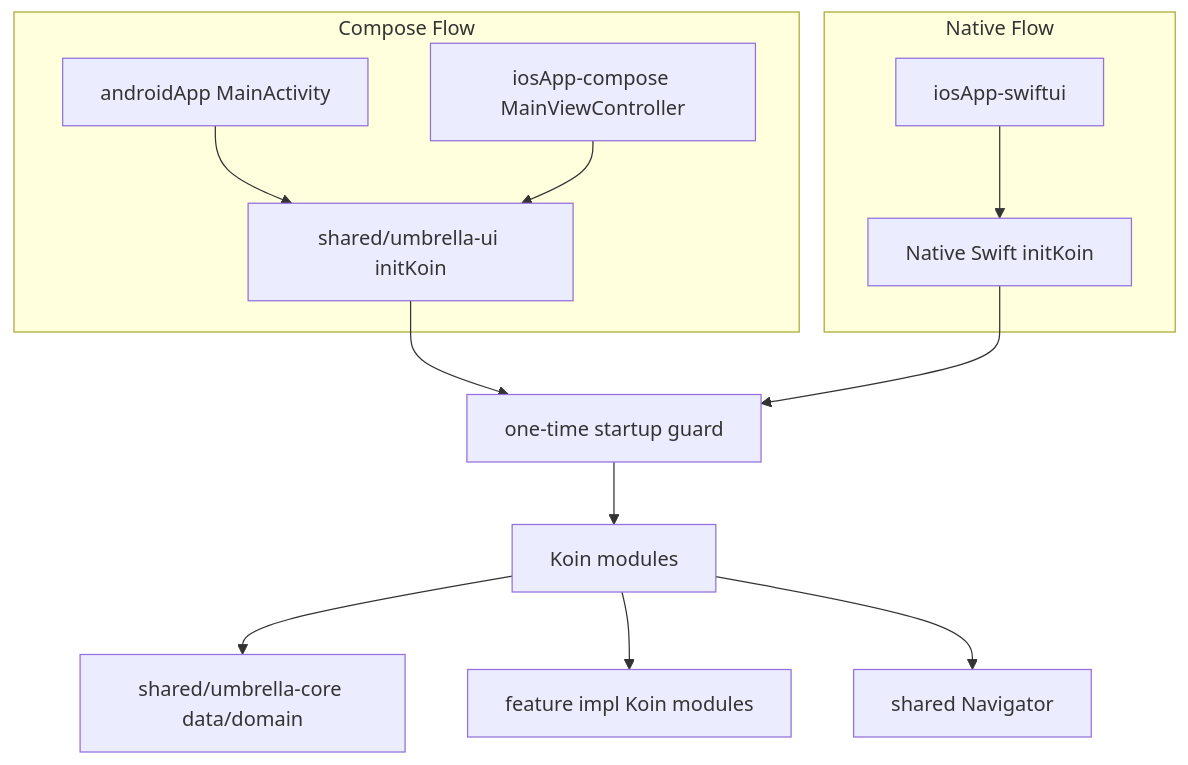
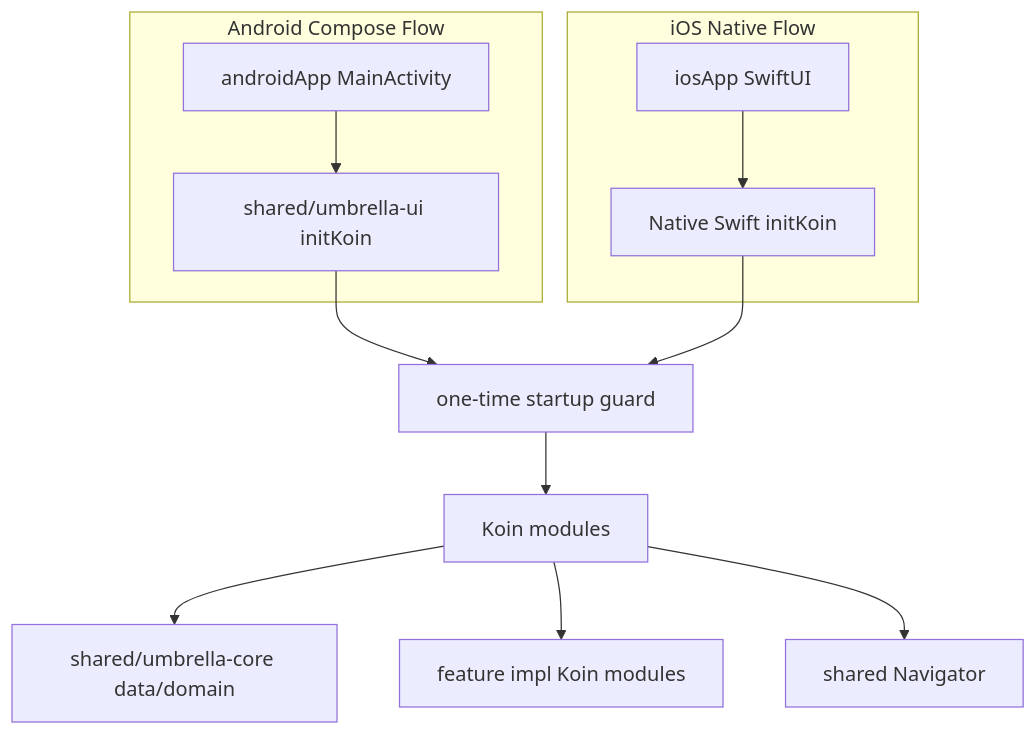
The seventh of 8 diagrams in ONBOARDING.md (Helmy2/Dream), drawn with Mermaid before and after one commit. The commit also changed other lines of this file and 305 other files, not shown here.

````diff
--- a/ONBOARDING.md
+++ b/ONBOARDING.md
@@ -237,16 +239,15 @@
 ```mermaid
 flowchart TD
-    subgraph Compose Flow
+    subgraph Android Compose Flow
         Android[androidApp MainActivity] --> InitUI[shared/umbrella-ui initKoin]
-        IOSC[iosApp-compose MainViewController] --> InitUI
     end
-    subgraph Native Flow
-        IOSS[iosApp-swiftui] --> InitNative[Native Swift initKoin]
+    subgraph iOS Native Flow
+        IOSS[iosApp SwiftUI] --> InitNative[Native Swift initKoin]
     end
     InitUI --> Guard[one-time startup guard]
     InitNative --> Guard
     Guard --> Modules[Koin modules]
     Modules --> Core[shared/umbrella-core data/domain]
     Modules --> UI[feature impl Koin modules]
     Modules --> Navigator[shared Navigator]
 ```
````
